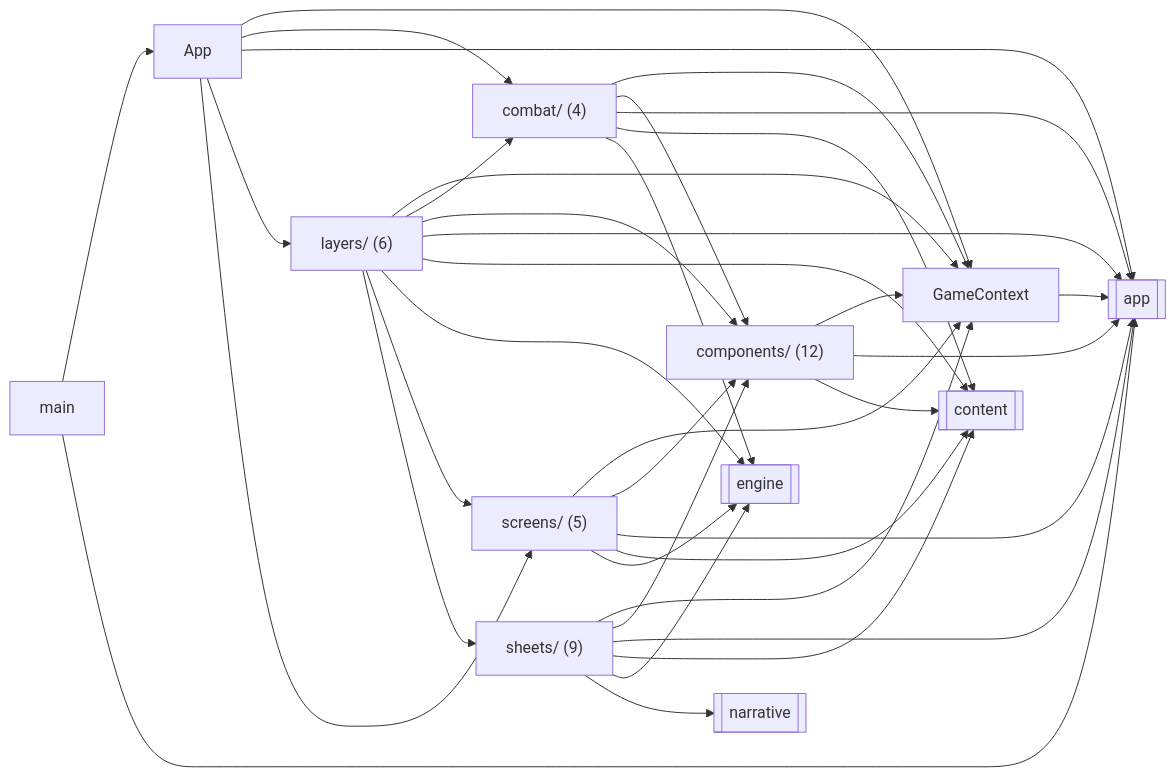
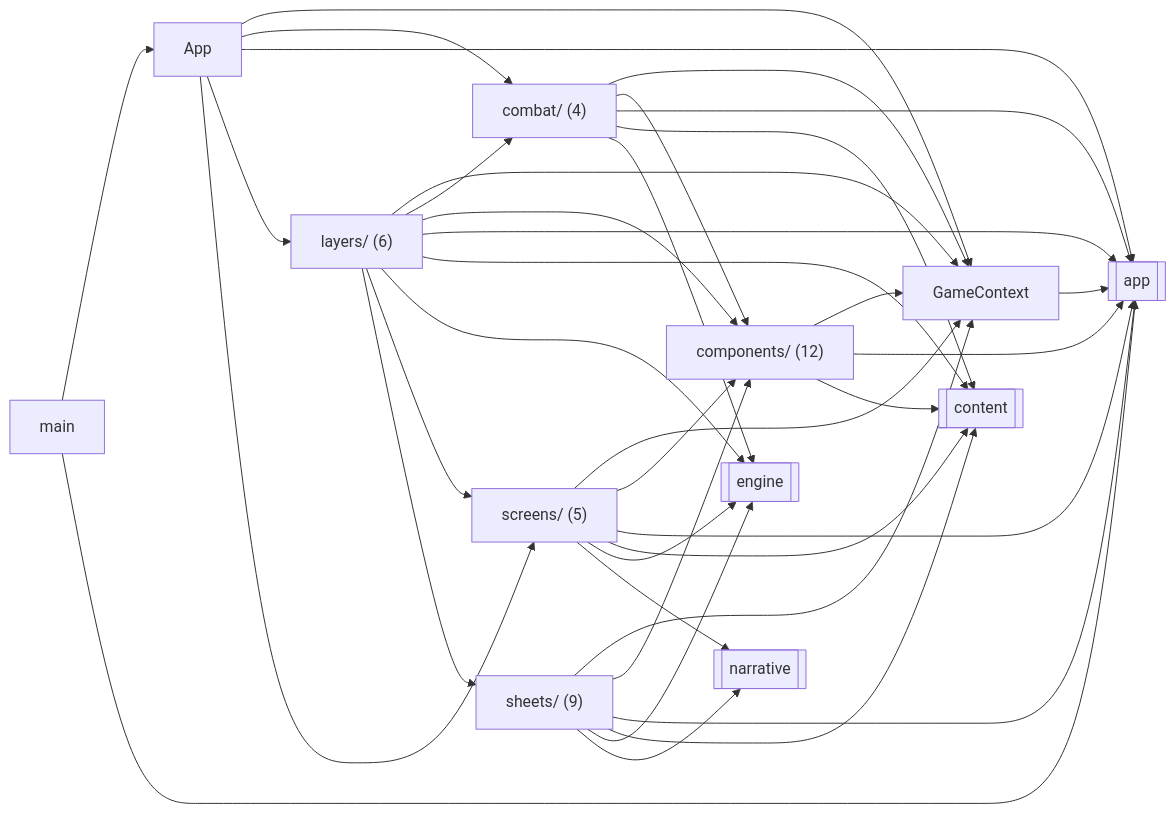
Before and after one commit to OrangeB0lt/Cyber-funk: the diagram in docs/reference/code-map/ui.md, drawn with Mermaid. The commit also changed other lines of this file and 24 other files, not shown here.

````diff
--- a/docs/reference/code-map/ui.md
+++ b/docs/reference/code-map/ui.md
@@ -11,50 +11,51 @@
 ```mermaid
 flowchart LR
   n_App["App"]
   n_GameContext["GameContext"]
   n_combat_["combat/ (4)"]
   n_components_["components/ (12)"]
   n_layers_["layers/ (6)"]
   n_main["main"]
   n_screens_["screens/ (5)"]
   n_sheets_["sheets/ (9)"]
   n_ext_app[["app"]]
   n_ext_content[["content"]]
   n_ext_engine[["engine"]]
   n_ext_narrative[["narrative"]]
   n_App --> n_GameContext
   n_App --> n_combat_
   n_App --> n_ext_app
   n_App --> n_layers_
   n_App --> n_screens_
   n_GameContext --> n_ext_app
   n_combat_ --> n_GameContext
   n_combat_ --> n_components_
   n_combat_ --> n_ext_app
   n_combat_ --> n_ext_content
   n_combat_ --> n_ext_engine
   n_components_ --> n_GameContext
   n_components_ --> n_ext_app
   n_components_ --> n_ext_content
   n_layers_ --> n_GameContext
   n_layers_ --> n_combat_
   n_layers_ --> n_components_
   n_layers_ --> n_ext_app
   n_layers_ --> n_ext_content
   n_layers_ --> n_ext_engine
   n_layers_ --> n_screens_
   n_layers_ --> n_sheets_
   n_main --> n_App
   n_main --> n_ext_app
   n_screens_ --> n_GameContext
   n_screens_ --> n_components_
   n_screens_ --> n_ext_app
   n_screens_ --> n_ext_content
   n_screens_ --> n_ext_engine
+  n_screens_ --> n_ext_narrative
   n_sheets_ --> n_GameContext
   n_sheets_ --> n_components_
   n_sheets_ --> n_ext_app
   n_sheets_ --> n_ext_content
   n_sheets_ --> n_ext_engine
   n_sheets_ --> n_ext_narrative
 ```
````
